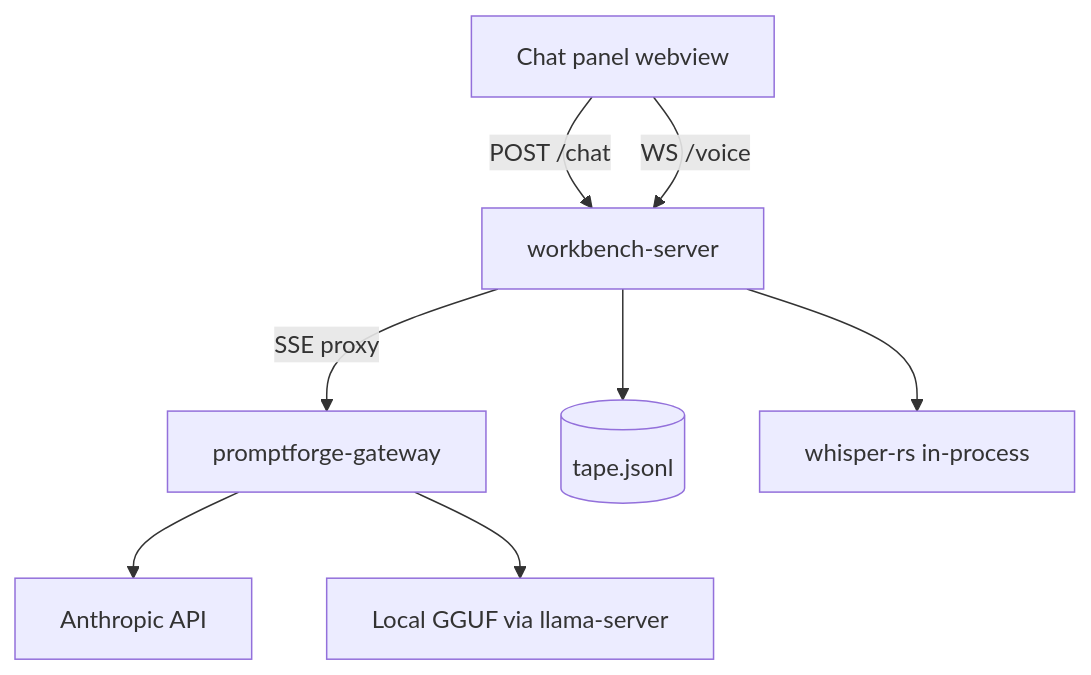
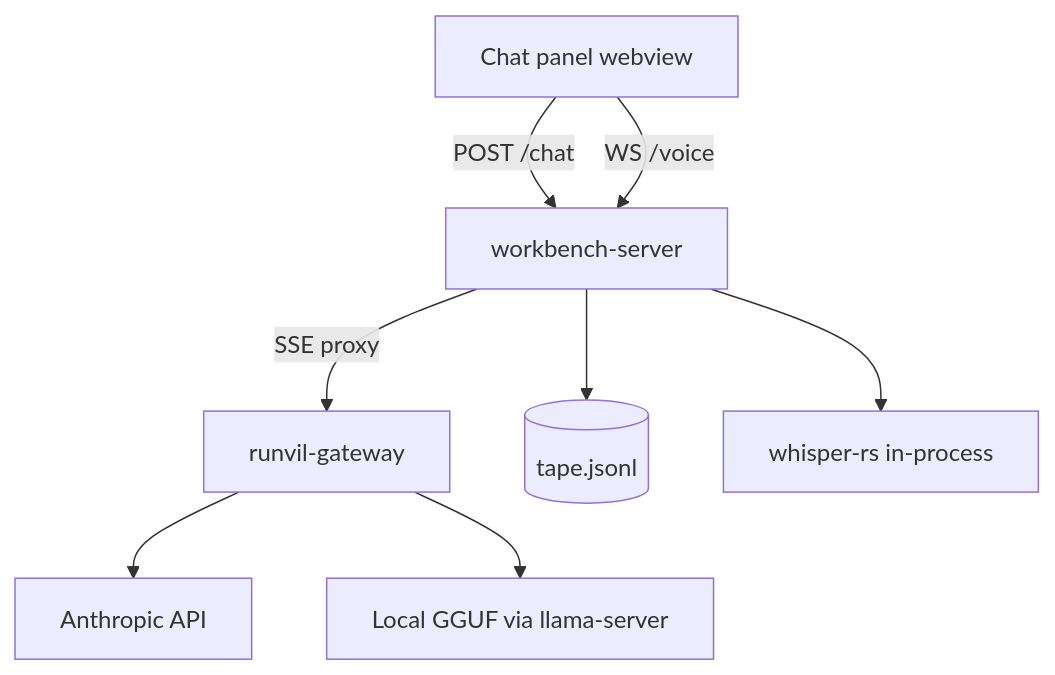
Before and after one commit to cppalliance/promptforge: the diagram in vibe/2026-08/2026-08-24-1-stage-1-the-window.md, drawn with Mermaid. The commit also changed other lines of this file and 1573 other files, not shown here.

````diff
--- a/vibe/2026-08/2026-08-24-1-stage-1-the-window.md
+++ b/vibe/2026-08/2026-08-24-1-stage-1-the-window.md
@@ -57,10 +57,10 @@
 ```mermaid
 flowchart TD
     UI[Chat panel webview] -->|POST /chat| SRV[workbench-server]
     UI -->|WS /voice| SRV
-    SRV -->|SSE proxy| GW[promptforge-gateway]
+    SRV -->|SSE proxy| GW[runvil-gateway]
     GW --> CLAUDE[Anthropic API]
     GW --> LOCAL[Local GGUF via llama-server]
     SRV --> TAPE[(tape.jsonl)]
     SRV --> WHISPER[whisper-rs in-process]
 ```
````
